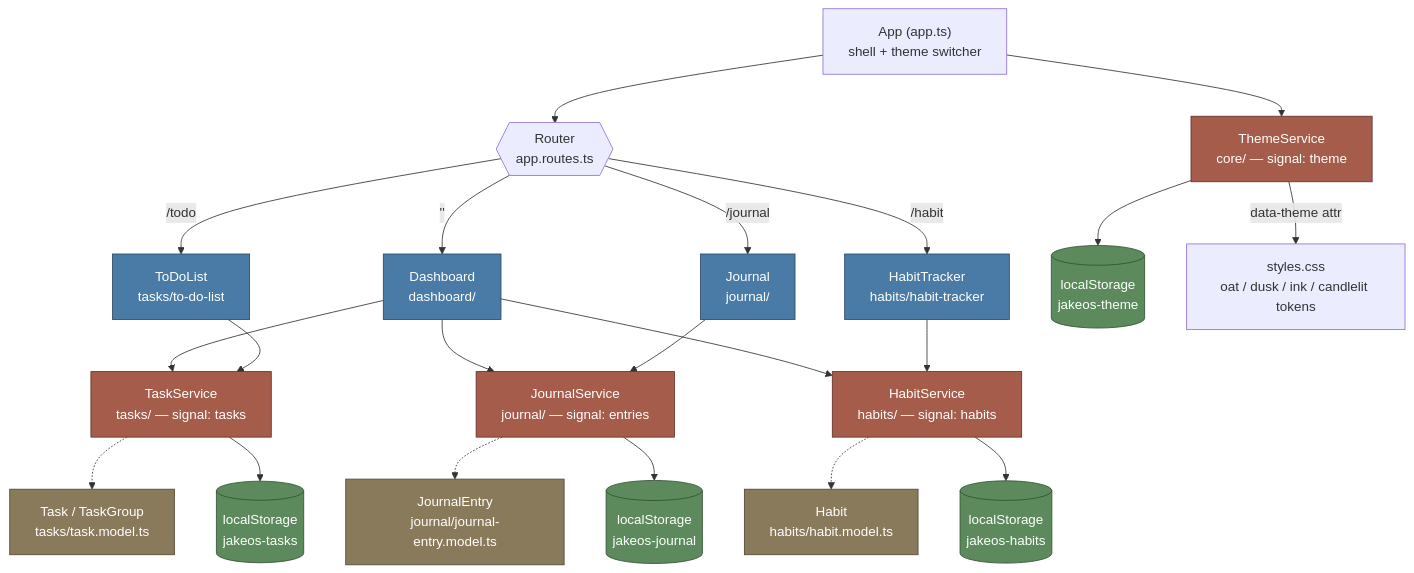
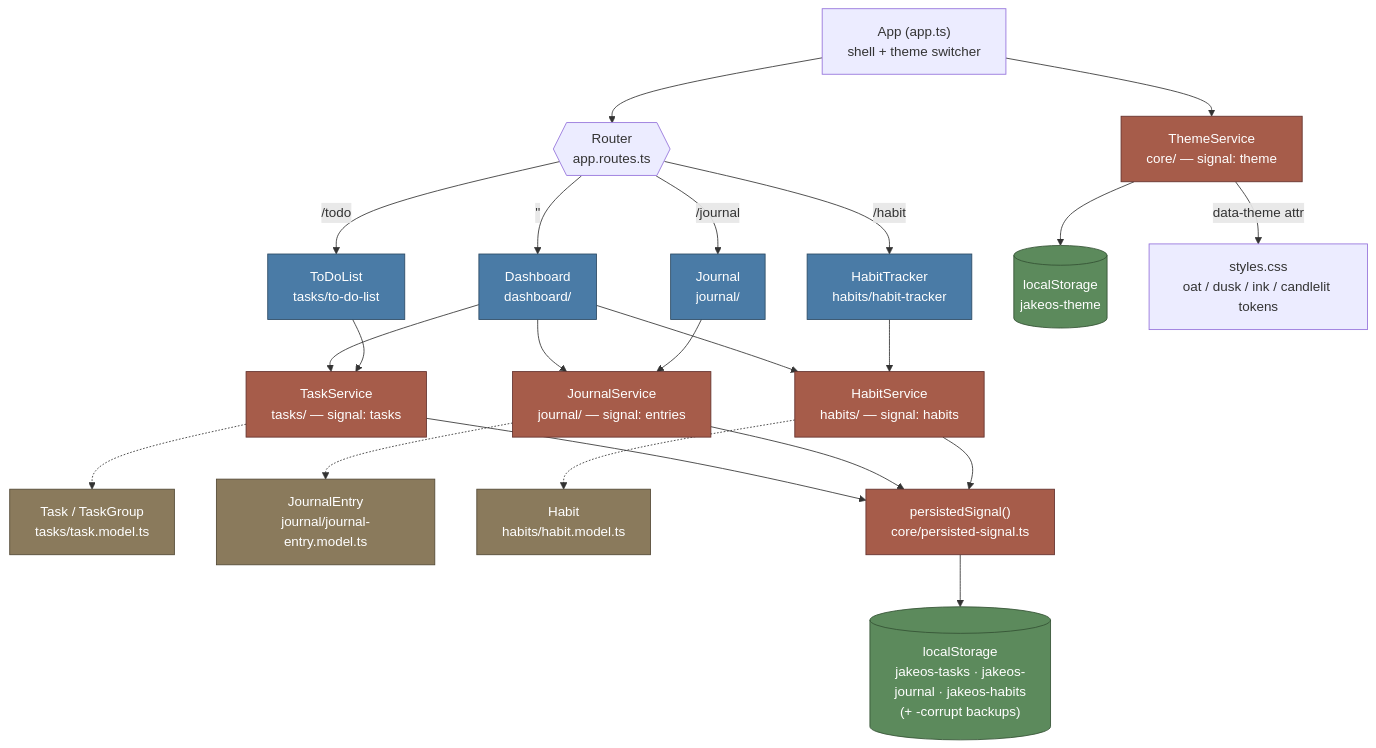
Before and after one commit to Jakesquelch/Pulse: the diagram in docs/mermaid.md, drawn with Mermaid. The commit also changed other lines of this file and 13 other files, not shown here.

Commit message:
feat: persistence-seam implemented, now we deal with localStorage in one place rather than 3 duplicated bits of code in each service

````diff
--- a/docs/mermaid.md
+++ b/docs/mermaid.md
@@ -3,46 +3,47 @@
 ```mermaid
 ---
 id: 447b6665-61a0-439f-9087-079346da219f
 ---
 graph TD
     Root["App (app.ts)<br/>shell + theme switcher"]
     Router{{"Router<br/>app.routes.ts"}}
 
     Root --> Router
 
     Router -->|"''"| Dashboard["Dashboard<br/>dashboard/"]
     Router -->|"/todo"| ToDo["ToDoList<br/>tasks/to-do-list"]
     Router -->|"/journal"| Journal["Journal<br/>journal/"]
     Router -->|"/habit"| Habit["HabitTracker<br/>habits/habit-tracker"]
 
     Root --> ThemeService["ThemeService<br/>core/ — signal: theme"]
 
     Dashboard --> TaskService
     Dashboard --> JournalService
     Dashboard --> HabitService
 
     ToDo --> TaskService["TaskService<br/>tasks/ — signal: tasks"]
     Journal --> JournalService["JournalService<br/>journal/ — signal: entries"]
     Habit --> HabitService["HabitService<br/>habits/ — signal: habits"]
 
     TaskService -.-> TaskModel["Task / TaskGroup<br/>tasks/task.model.ts"]
     JournalService -.-> JournalModel["JournalEntry<br/>journal/journal-entry.model.ts"]
     HabitService -.-> HabitModel["Habit<br/>habits/habit.model.ts"]
 
-    TaskService --> LocalStorage[("localStorage<br/>jakeos-tasks")]
-    JournalService --> LocalStorage2[("localStorage<br/>jakeos-journal")]
-    HabitService --> LocalStorage3[("localStorage<br/>jakeos-habits")]
+    TaskService --> Seam
+    JournalService --> Seam
+    HabitService --> Seam
+    Seam["persistedSignal()<br/>core/persisted-signal.ts"] --> LocalStorage[("localStorage<br/>jakeos-tasks · jakeos-journal · jakeos-habits<br/>(+ -corrupt backups)")]
     ThemeService --> LocalStorage4[("localStorage<br/>jakeos-theme")]
 
     ThemeService -->|"data-theme attr"| Styles["styles.css<br/>oat / dusk / ink / candlelit tokens"]
 
     classDef page fill:#4a7ba6,stroke:#2c4a63,color:#fff
     classDef service fill:#a65c4a,stroke:#63302c,color:#fff
     classDef storage fill:#5c8a5c,stroke:#345234,color:#fff
     classDef model fill:#8a7a5c,stroke:#524834,color:#fff
 
     class Dashboard,ToDo,Journal,Habit page
-    class TaskService,JournalService,HabitService,ThemeService service
-    class LocalStorage,LocalStorage2,LocalStorage3,LocalStorage4 storage
+    class TaskService,JournalService,HabitService,ThemeService,Seam service
+    class LocalStorage,LocalStorage4 storage
     class TaskModel,JournalModel,HabitModel model
 ```
````
